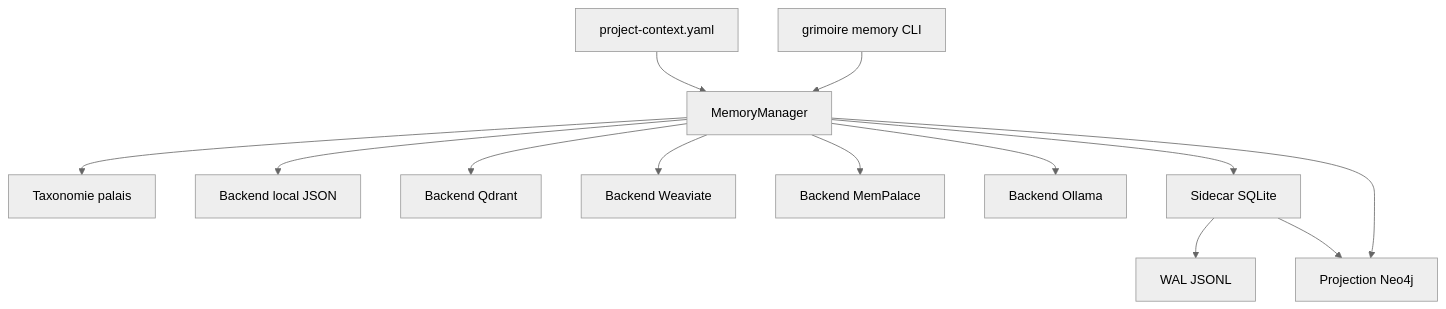
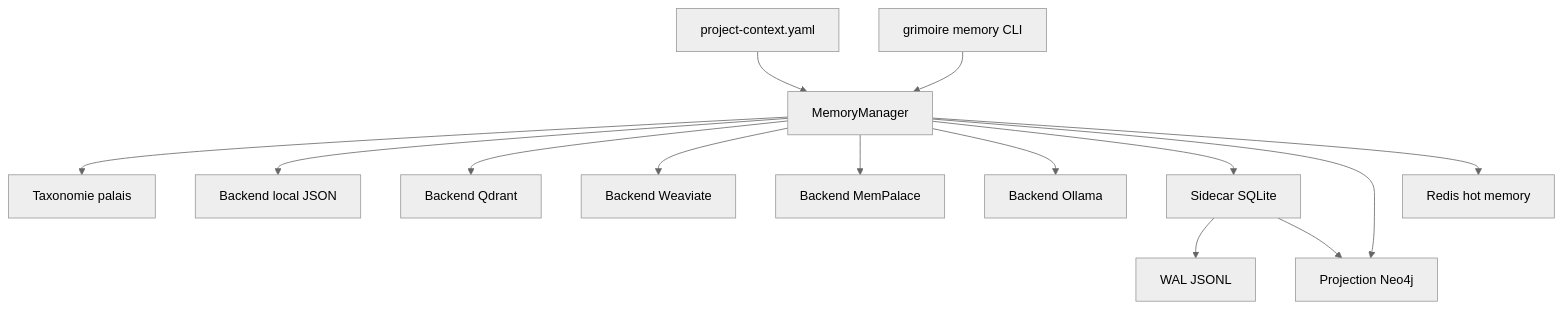
One commit to Guilhem-Bonnet/Grimoire-kit changed the diagram in docs/memory-system.md. Above: the diagram before and after it, drawn with Mermaid (neutral theme). The commit also changed other lines of this file and 7 other files, not shown here.

First line of the commit message:
feat(memory): add optional Redis hot memory layer

````diff
--- a/docs/memory-system.md
+++ b/docs/memory-system.md
@@ -16,15 +17,16 @@
 ```mermaid
 flowchart TD
     CFG[project-context.yaml] --> MM[MemoryManager]
     CLI[grimoire memory CLI] --> MM
     MM --> TAX[Taxonomie palais]
     MM --> LOCAL[Backend local JSON]
     MM --> QDRANT[Backend Qdrant]
     MM --> WEAVIATE[Backend Weaviate]
     MM --> MEMP[Backend MemPalace]
     MM --> OLLAMA[Backend Ollama]
     MM --> SIDECAR[Sidecar SQLite]
     MM --> NEO4J[Projection Neo4j]
+    MM --> REDIS[Redis hot memory]
     SIDECAR --> WAL[WAL JSONL]
     SIDECAR --> NEO4J
 ```
````
